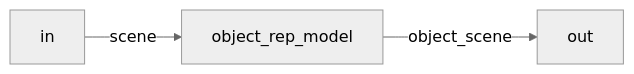
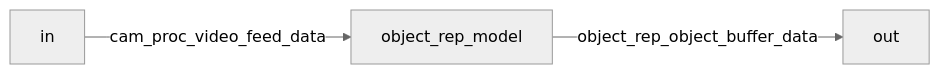
The tenth of 15 diagrams in blocks.md (Jedi-Vision/ECE44x), drawn with Mermaid (neutral theme) before and after one commit. The commit also changed other lines of this file and 8 other files, not shown here.

````diff
--- a/blocks.md
+++ b/blocks.md
@@ -125,5 +124,5 @@
 ```mermaid
 graph LR
-    in -- "scene" --> object_rep_model
-    object_rep_model -- "object_scene" --> out
+    in -- "cam_proc_video_feed_data" --> object_rep_model
+    object_rep_model -- "object_rep_object_buffer_data" --> out
 ```
````
